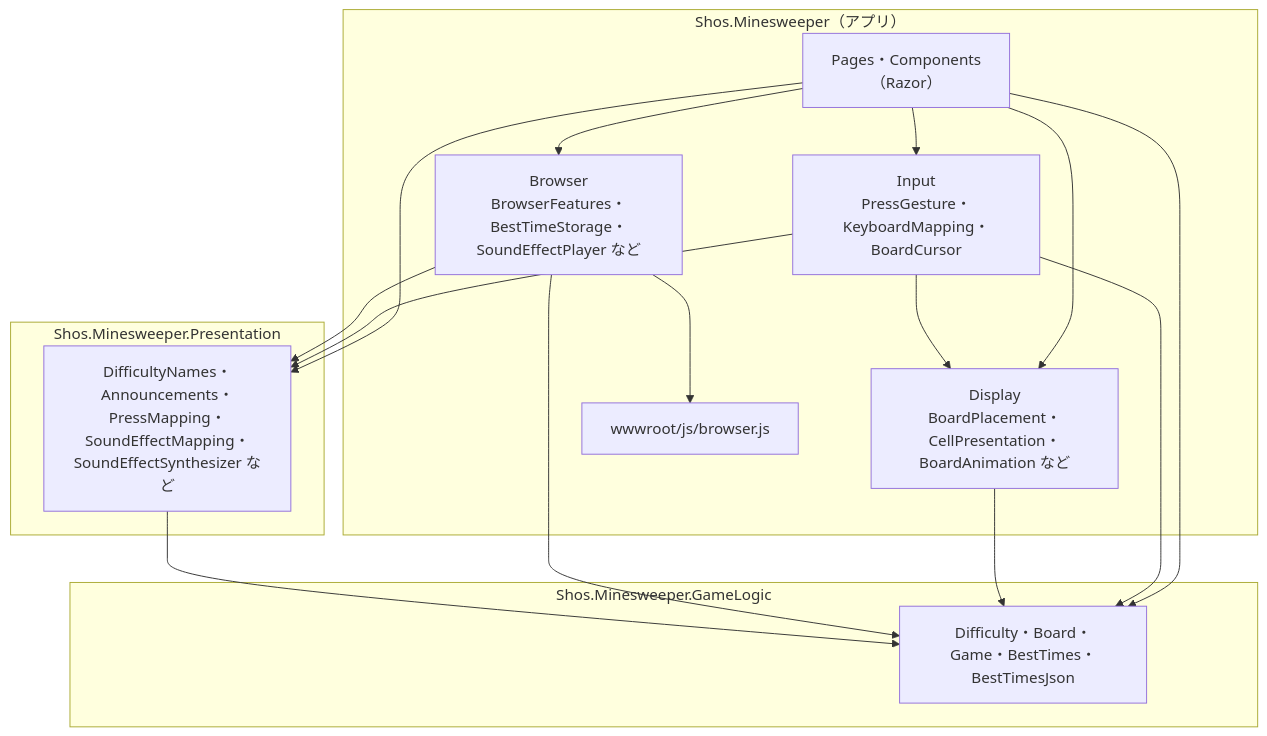
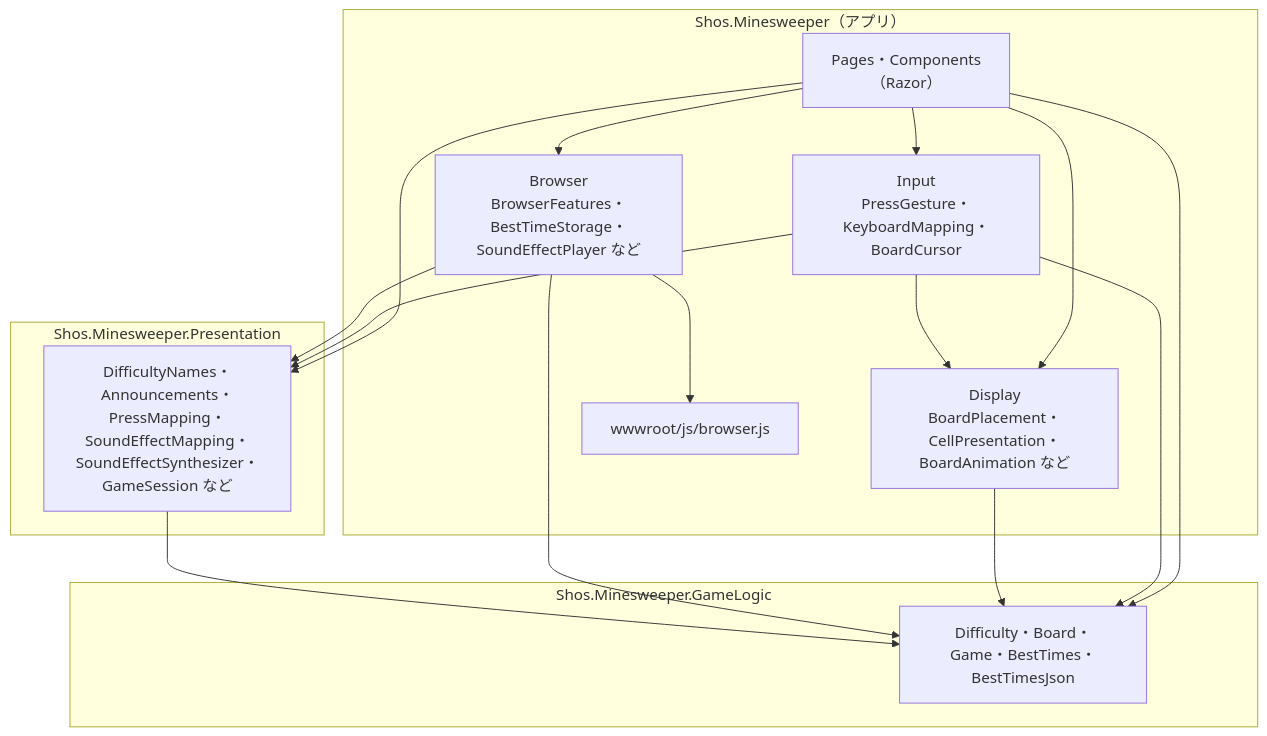
Before and after one commit to Fujiwo/Shos.Minesweeper: the third of 12 diagrams in docs/04-architecture.md, drawn with Mermaid. The commit also changed other lines of this file and 2 other files, not shown here.

First line of the commit message:
Refactor sound effect implementation in architecture review

````diff
--- a/docs/04-architecture.md
+++ b/docs/04-architecture.md
@@ -172,29 +175,29 @@
 ```mermaid
 flowchart TB
     subgraph AppProject["Shos.Minesweeper（アプリ）"]
         Components["Pages・Components<br/>（Razor）"]
         Input["Input<br/>PressGesture・KeyboardMapping・BoardCursor"]
         Display["Display<br/>BoardPlacement・CellPresentation・BoardAnimation など"]
         BrowserFolder["Browser<br/>BrowserFeatures・BestTimeStorage・SoundEffectPlayer など"]
         Js["wwwroot/js/browser.js"]
     end
     subgraph PresentationProject["Shos.Minesweeper.Presentation"]
-        Shared["DifficultyNames・Announcements・PressMapping・<br/>SoundEffectMapping・SoundEffectSynthesizer など"]
+        Shared["DifficultyNames・Announcements・PressMapping・<br/>SoundEffectMapping・SoundEffectSynthesizer・GameSession など"]
     end
     subgraph GameLogicProject["Shos.Minesweeper.GameLogic"]
         Logic["Difficulty・Board・Game・BestTimes・BestTimesJson"]
     end
     Components --> Input
     Components --> Display
     Components --> BrowserFolder
     Components --> Shared
     Components --> Logic
     Input --> Shared
     Input --> Logic
     Input --> Display
     Display --> Logic
     BrowserFolder --> Logic
     BrowserFolder --> Shared
     BrowserFolder --> Js
     Shared --> Logic
 ```
````
